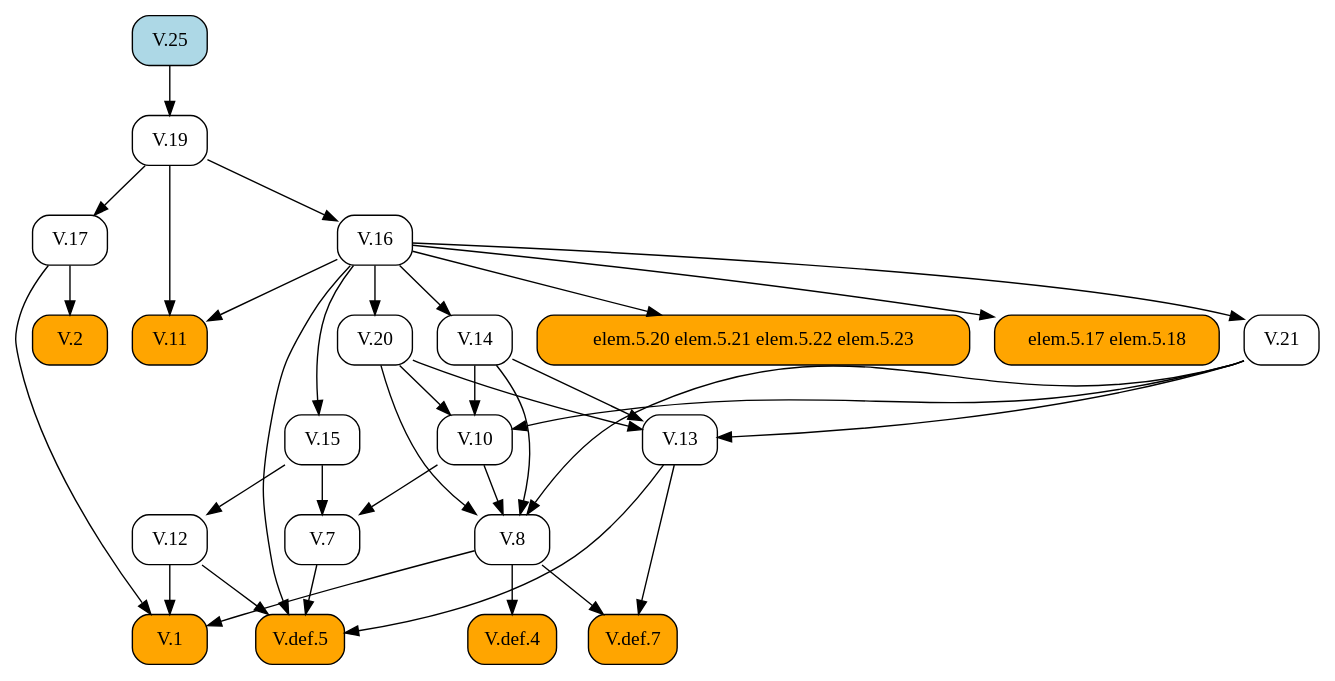
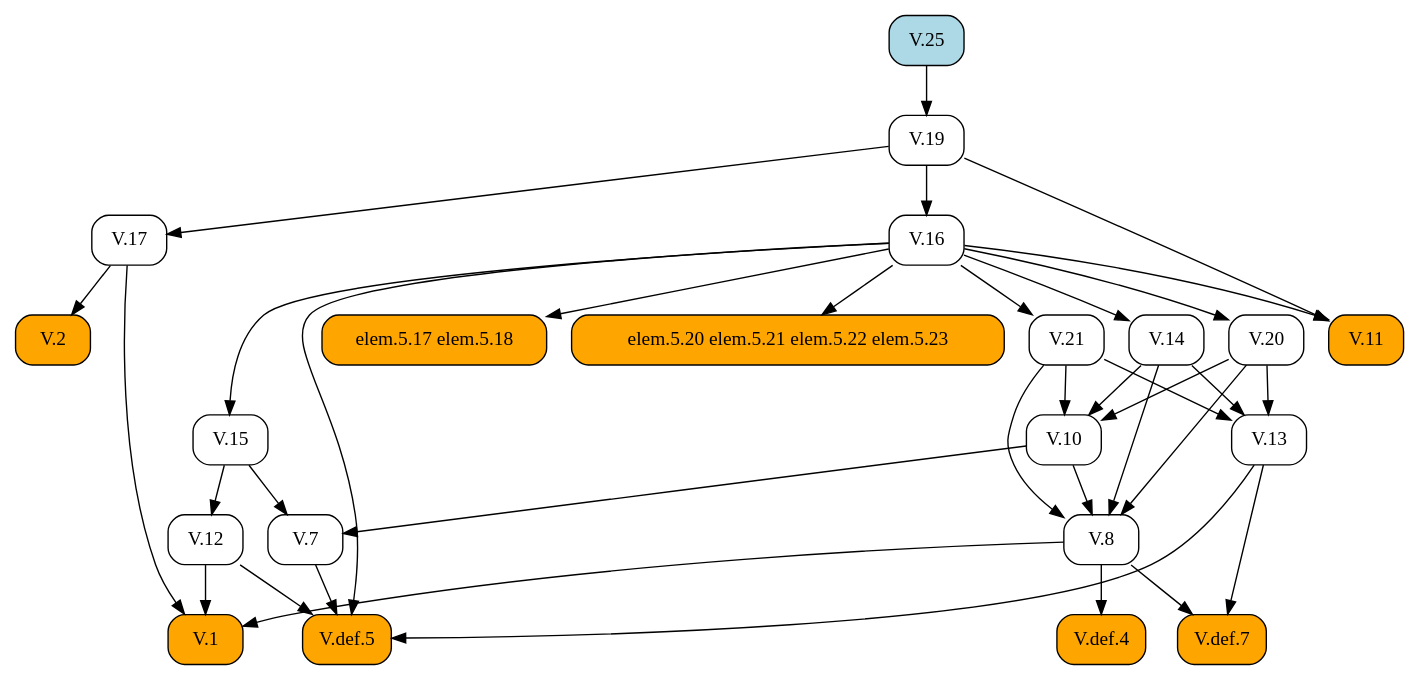
Before and after one commit to geometor/elements: the diagram in docsrc/heath/V/25/index.rst, drawn with Graphviz. The commit also changed other lines of this file and 484 other files, not shown here.

```diff
--- a/docsrc/heath/V/25/index.rst
+++ b/docsrc/heath/V/25/index.rst
@@ -64,62 +64,62 @@
 .. graphviz::
 
    digraph {
      rankdir="TB";
      node [shape=box, style=rounded];
-     "V.8" [URL="/heath/V/8/", target="_top"];
-     "V.19" [URL="/heath/V/19/", target="_top"];
-     "V.14" [URL="/heath/V/14/", target="_top"];
-     "V.def.5" [style="rounded,filled", fillcolor=orange, URL="/heath/V/def.5/", target="_top"];
-     "V.12" [URL="/heath/V/12/", target="_top"];
-     "V.17" [URL="/heath/V/17/", target="_top"];
-     "V.10" [URL="/heath/V/10/", target="_top"];
-     "V.13" [URL="/heath/V/13/", target="_top"];
-     "V.20" [URL="/heath/V/20/", target="_top"];
-     "V.11" [style="rounded,filled", fillcolor=orange, URL="/heath/V/11/", target="_top"];
-     "V.1" [style="rounded,filled", fillcolor=orange, URL="/heath/V/1/", target="_top"];
-     "elem.5.20 elem.5.21 elem.5.22 elem.5.23" [style="rounded,filled", fillcolor=orange];
-     "elem.5.17 elem.5.18" [style="rounded,filled", fillcolor=orange];
-     "V.15" [URL="/heath/V/15/", target="_top"];
-     "V.7" [URL="/heath/V/7/", target="_top"];
-     "V.25" [style="rounded,filled", fillcolor=lightblue, URL="/heath/V/25/", target="_top"];
-     "V.def.4" [style="rounded,filled", fillcolor=orange, URL="/heath/V/def.4/", target="_top"];
      "V.16" [URL="/heath/V/16/", target="_top"];
      "V.2" [style="rounded,filled", fillcolor=orange, URL="/heath/V/2/", target="_top"];
      "V.def.7" [style="rounded,filled", fillcolor=orange, URL="/heath/V/def.7/", target="_top"];
      "V.21" [URL="/heath/V/21/", target="_top"];
-     "V.10" -> "V.8";
-     "V.14" -> "V.8";
-     "V.20" -> "V.8";
-     "V.21" -> "V.8";
-     "V.25" -> "V.19";
-     "V.16" -> "V.14";
-     "V.7" -> "V.def.5";
-     "V.12" -> "V.def.5";
-     "V.13" -> "V.def.5";
-     "V.16" -> "V.def.5";
-     "V.15" -> "V.12";
-     "V.19" -> "V.17";
-     "V.14" -> "V.10";
-     "V.20" -> "V.10";
-     "V.21" -> "V.10";
-     "V.14" -> "V.13";
-     "V.20" -> "V.13";
-     "V.21" -> "V.13";
-     "V.16" -> "V.20";
-     "V.16" -> "V.11";
-     "V.19" -> "V.11";
-     "V.8" -> "V.1";
-     "V.12" -> "V.1";
-     "V.17" -> "V.1";
-     "V.16" -> "elem.5.20 elem.5.21 elem.5.22 elem.5.23";
-     "V.16" -> "elem.5.17 elem.5.18";
-     "V.16" -> "V.15";
-     "V.10" -> "V.7";
-     "V.15" -> "V.7";
-     "V.8" -> "V.def.4";
+     "V.13" [URL="/heath/V/13/", target="_top"];
+     "V.7" [URL="/heath/V/7/", target="_top"];
+     "elem.5.17 elem.5.18" [style="rounded,filled", fillcolor=orange];
+     "V.14" [URL="/heath/V/14/", target="_top"];
+     "V.19" [URL="/heath/V/19/", target="_top"];
+     "V.def.5" [style="rounded,filled", fillcolor=orange, URL="/heath/V/def.5/", target="_top"];
+     "V.8" [URL="/heath/V/8/", target="_top"];
+     "V.10" [URL="/heath/V/10/", target="_top"];
+     "V.17" [URL="/heath/V/17/", target="_top"];
+     "V.1" [style="rounded,filled", fillcolor=orange, URL="/heath/V/1/", target="_top"];
+     "V.25" [style="rounded,filled", fillcolor=lightblue, URL="/heath/V/25/", target="_top"];
+     "V.20" [URL="/heath/V/20/", target="_top"];
+     "V.15" [URL="/heath/V/15/", target="_top"];
+     "V.11" [style="rounded,filled", fillcolor=orange, URL="/heath/V/11/", target="_top"];
+     "elem.5.20 elem.5.21 elem.5.22 elem.5.23" [style="rounded,filled", fillcolor=orange];
+     "V.12" [URL="/heath/V/12/", target="_top"];
+     "V.def.4" [style="rounded,filled", fillcolor=orange, URL="/heath/V/def.4/", target="_top"];
      "V.19" -> "V.16";
      "V.17" -> "V.2";
      "V.8" -> "V.def.7";
      "V.13" -> "V.def.7";
      "V.16" -> "V.21";
+     "V.14" -> "V.13";
+     "V.20" -> "V.13";
+     "V.21" -> "V.13";
+     "V.10" -> "V.7";
+     "V.15" -> "V.7";
+     "V.16" -> "elem.5.17 elem.5.18";
+     "V.16" -> "V.14";
+     "V.25" -> "V.19";
+     "V.7" -> "V.def.5";
+     "V.12" -> "V.def.5";
+     "V.13" -> "V.def.5";
+     "V.16" -> "V.def.5";
+     "V.10" -> "V.8";
+     "V.14" -> "V.8";
+     "V.20" -> "V.8";
+     "V.21" -> "V.8";
+     "V.14" -> "V.10";
+     "V.20" -> "V.10";
+     "V.21" -> "V.10";
+     "V.19" -> "V.17";
+     "V.8" -> "V.1";
+     "V.12" -> "V.1";
+     "V.17" -> "V.1";
+     "V.16" -> "V.20";
+     "V.16" -> "V.15";
+     "V.16" -> "V.11";
+     "V.19" -> "V.11";
+     "V.16" -> "elem.5.20 elem.5.21 elem.5.22 elem.5.23";
+     "V.15" -> "V.12";
+     "V.8" -> "V.def.4";
    }
```
